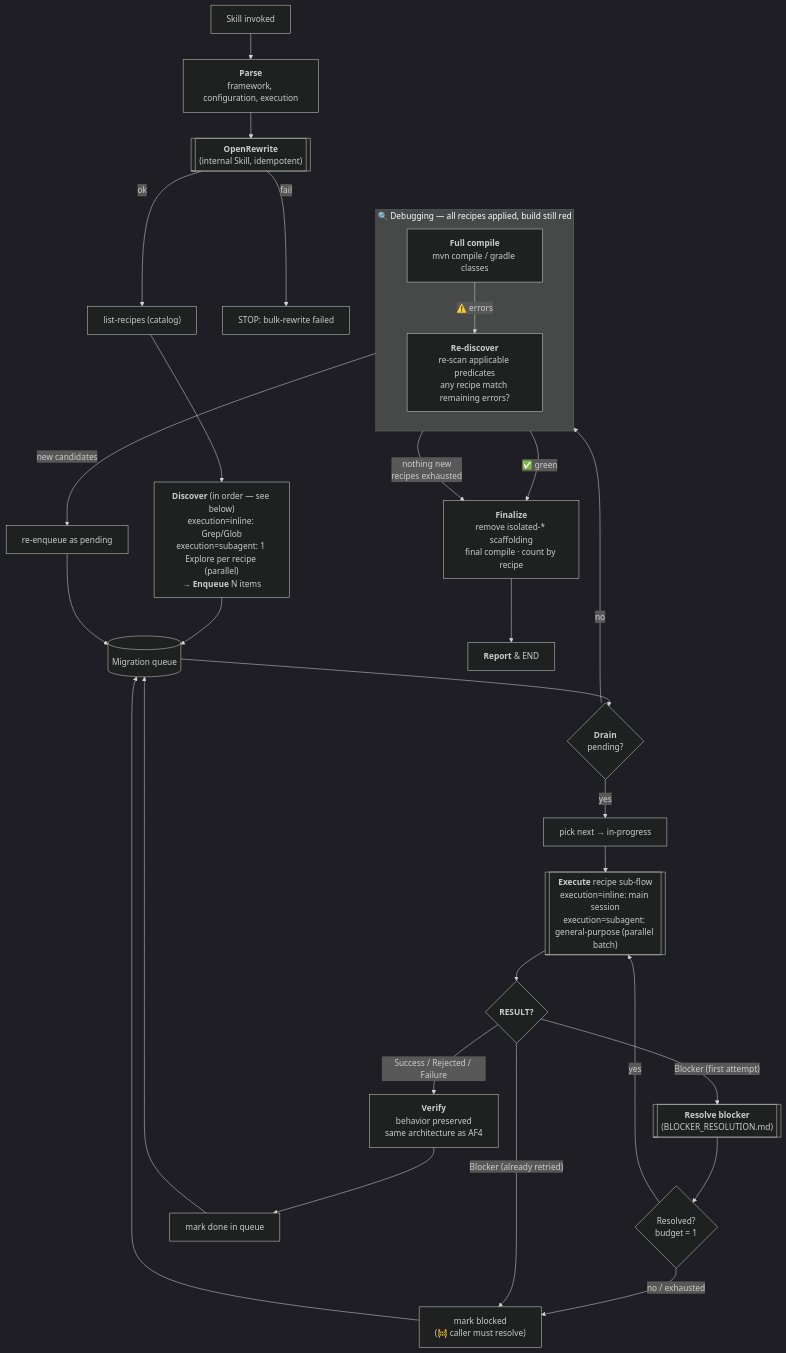
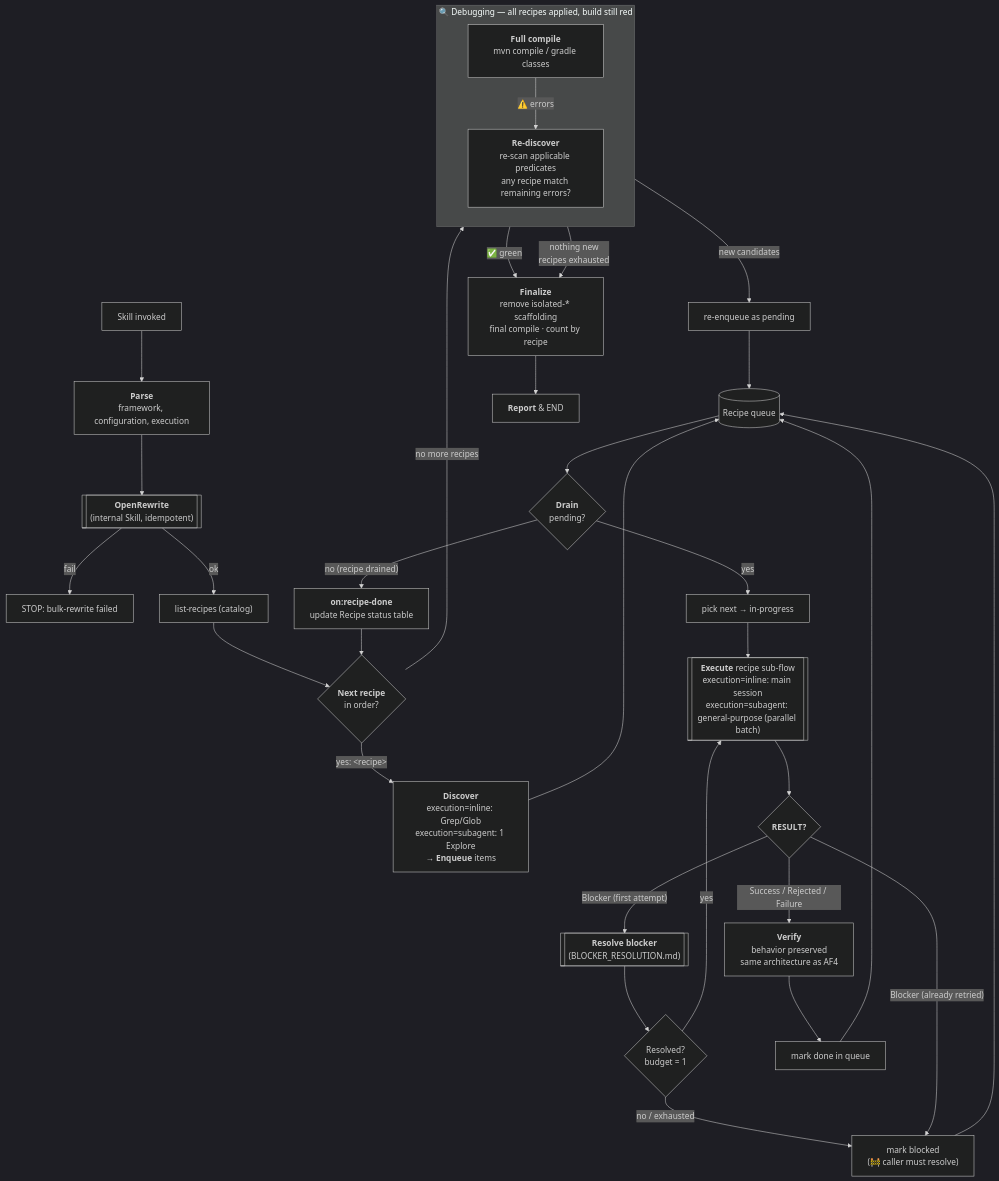
One commit to AxonIQ/agent-skills changed the second of 2 diagrams in skills/axon4to5-migrate/SKILL.md. Above: the diagram before and after it, drawn with Mermaid (dark theme). The commit also changed other lines of this file and 3 other files, not shown here.

````diff
--- a/skills/axon4to5-migrate/SKILL.md
+++ b/skills/axon4to5-migrate/SKILL.md
@@ -181,36 +181,39 @@
 ```mermaid
 flowchart TD
     A[Skill invoked] --> PARSE["<b>Parse</b><br/>framework, configuration, execution"]
     PARSE --> ORW[["<b>OpenRewrite</b><br/>(internal Skill, idempotent)"]]
     ORW -- fail --> XORW[STOP: bulk-rewrite failed]
     ORW -- ok --> B["list-recipes (catalog)"]
-    B --> DISC["<b>Discover</b> (in order — see below)<br/>execution=inline: Grep/Glob<br/>execution=subagent: 1 Explore per recipe (parallel)<br/>→ <b>Enqueue</b> N items"]
-    DISC --> Q[(Migration queue)]
+    B --> RL{"<b>Next recipe</b><br/>in order?"}
+    RL -- "yes: &lt;recipe&gt;" --> DISC["<b>Discover</b><br/>execution=inline: Grep/Glob<br/>execution=subagent: 1 Explore<br/>→ <b>Enqueue</b> items"]
+    DISC --> Q[(Recipe queue)]
     Q --> L{"<b>Drain</b><br/>pending?"}
     L -- yes --> INP["pick next → in-progress"]
     INP --> W[["<b>Execute</b> recipe sub-flow<br/>execution=inline: main session<br/>execution=subagent: general-purpose (parallel batch)"]]
     W --> R{<b>RESULT?</b>}
     R -- "Blocker (first attempt)" --> BR[["<b>Resolve blocker</b><br/>(BLOCKER_RESOLUTION.md)"]]
     BR --> BRQ{"Resolved?<br/>budget = 1"}
     BRQ -- yes --> W
     BRQ -- "no / exhausted" --> BLK["mark blocked<br/>(🚧 caller must resolve)"]
     R -- "Blocker (already retried)" --> BLK
     R -- "Success / Rejected / Failure" --> VER["<b>Verify</b><br/>behavior preserved<br/>same architecture as AF4"]
     VER --> DONE["mark done in queue"]
     DONE --> Q
     BLK --> Q
-    L -- no --> DBG_COMP
+    L -- "no (recipe drained)" --> RDONE["<b>on:recipe-done</b><br/>update Recipe status table"]
+    RDONE --> RL
+    RL -- "no more recipes" --> DBG_COMP
 
     subgraph DEBUG ["🔍 Debugging — all recipes applied, build still red"]
         direction TB
         DBG_COMP["<b>Full compile</b><br/>mvn compile / gradle classes"]
         DBG_REDISC["<b>Re-discover</b><br/>re-scan applicable predicates<br/>any recipe match remaining errors?"]
         DBG_COMP -- "⚠️ errors" --> DBG_REDISC
     end
 
     DBG_COMP -- "✅ green" --> FIN["<b>Finalize</b><br/>remove isolated-* scaffolding<br/>final compile · count by recipe"]
     DBG_REDISC -- "new candidates" --> REENQ["re-enqueue as pending"]
     REENQ --> Q
     DBG_REDISC -- "nothing new<br/>recipes exhausted" --> FIN
     FIN --> RPT["<b>Report</b> &amp; END"]
 ```
````
